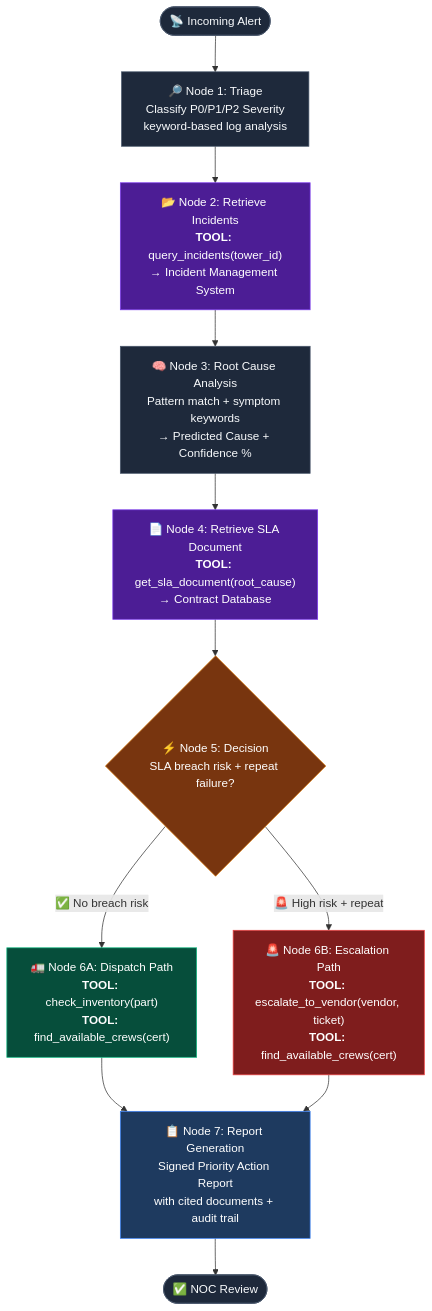
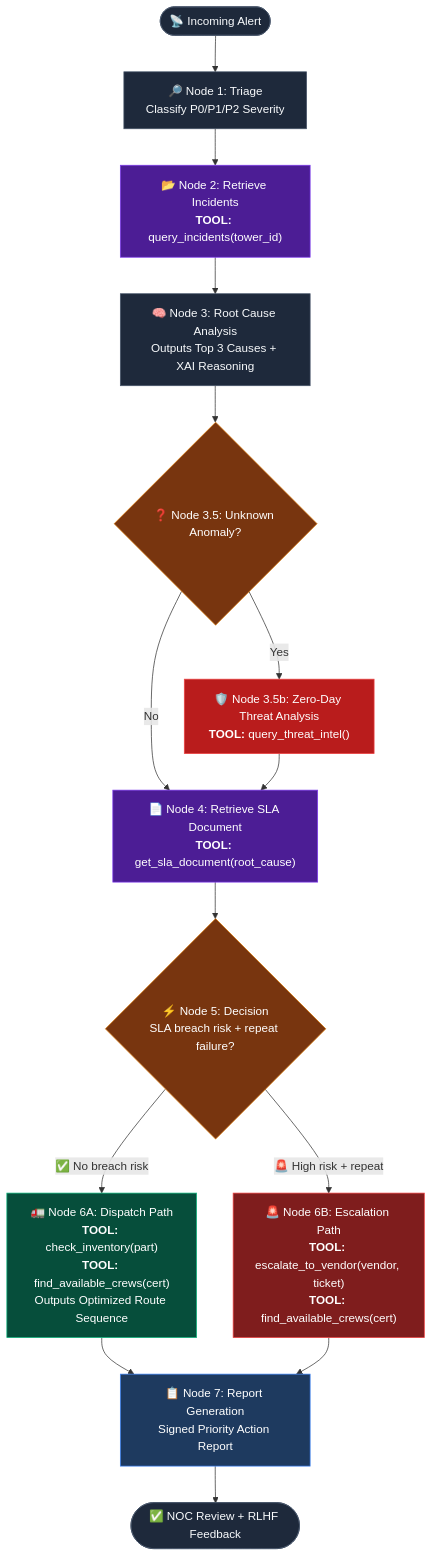
Before and after one commit to geanremona/telecom_agent: the diagram in README.md, drawn with Mermaid. The commit also changed other lines of this file and 1 other file, not shown here.

Commit message:
docs: Update README with Hackathon MVP features and fix zero-day validation

````diff
--- a/README.md
+++ b/README.md
@@ -40,30 +41,37 @@
 ```mermaid
 flowchart TD
     classDef default fill:#1E293B,stroke:#475569,color:#F8FAFC
     classDef retrieval fill:#4C1D95,stroke:#7C3AED,color:#fff
     classDef decision fill:#78350F,stroke:#D97706,color:#fff
     classDef dispatch fill:#064E3B,stroke:#10B981,color:#fff
     classDef escalate fill:#7F1D1D,stroke:#EF4444,color:#fff
     classDef report fill:#1E3A5F,stroke:#3B82F6,color:#fff
+    classDef threat fill:#B91C1C,stroke:#EF4444,color:#fff
 
     Start([📡 Incoming Alert]) --> Triage
     
-    Triage["🔎 Node 1: Triage<br/>Classify P0/P1/P2 Severity<br/>keyword-based log analysis"] --> Retrieve1
+    Triage["🔎 Node 1: Triage<br/>Classify P0/P1/P2 Severity"] --> Retrieve1
 
-    Retrieve1["📂 Node 2: Retrieve Incidents<br/><b>TOOL:</b> query_incidents(tower_id)<br/>→ Incident Management System"]:::retrieval --> RCA
+    Retrieve1["📂 Node 2: Retrieve Incidents<br/><b>TOOL:</b> query_incidents(tower_id)"]:::retrieval --> RCA
 
-    RCA["🧠 Node 3: Root Cause Analysis<br/>Pattern match + symptom keywords<br/>→ Predicted Cause + Confidence %"] --> Retrieve2
+    RCA["🧠 Node 3: Root Cause Analysis<br/>Outputs Top 3 Causes + XAI Reasoning"] --> RCACondition
 
-    Retrieve2["📄 Node 4: Retrieve SLA Document<br/><b>TOOL:</b> get_sla_document(root_cause)<br/>→ Contract Database"]:::retrieval --> Decision
+    RCACondition{"❓ Node 3.5: Unknown Anomaly?"}:::decision
+    RCACondition -->|"Yes"| ThreatAnalysis
+    RCACondition -->|"No"| Retrieve2
+
+    ThreatAnalysis["🛡️ Node 3.5b: Zero-Day Threat Analysis<br/><b>TOOL:</b> query_threat_intel()"]:::threat --> Retrieve2
+
+    Retrieve2["📄 Node 4: Retrieve SLA Document<br/><b>TOOL:</b> get_sla_document(root_cause)"]:::retrieval --> Decision
 
     Decision{"⚡ Node 5: Decision<br/>SLA breach risk + repeat failure?"}:::decision
 
     Decision -->|"✅ No breach risk"| Dispatch
     Decision -->|"🚨 High risk + repeat"| Escalate
 
-    Dispatch["🚛 Node 6A: Dispatch Path<br/><b>TOOL:</b> check_inventory(part)<br/><b>TOOL:</b> find_available_crews(cert)"]:::dispatch --> Report
+    Dispatch["🚛 Node 6A: Dispatch Path<br/><b>TOOL:</b> check_inventory(part)<br/><b>TOOL:</b> find_available_crews(cert)<br/>Outputs Optimized Route Sequence"]:::dispatch --> Report
 
     Escalate["🚨 Node 6B: Escalation Path<br/><b>TOOL:</b> escalate_to_vendor(vendor, ticket)<br/><b>TOOL:</b> find_available_crews(cert)"]:::escalate --> Report
 
-    Report["📋 Node 7: Report Generation<br/>Signed Priority Action Report<br/>with cited documents + audit trail"]:::report --> End([✅ NOC Review])
+    Report["📋 Node 7: Report Generation<br/>Signed Priority Action Report"]:::report --> End([✅ NOC Review + RLHF Feedback])
 ```
````
